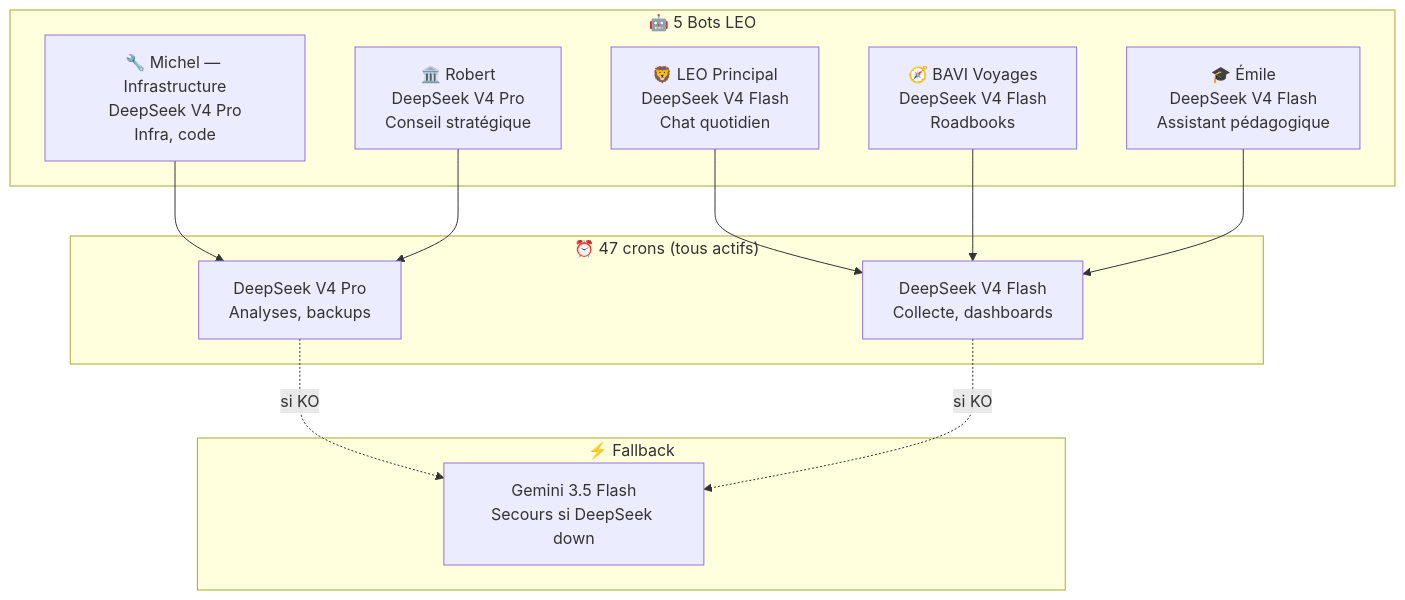
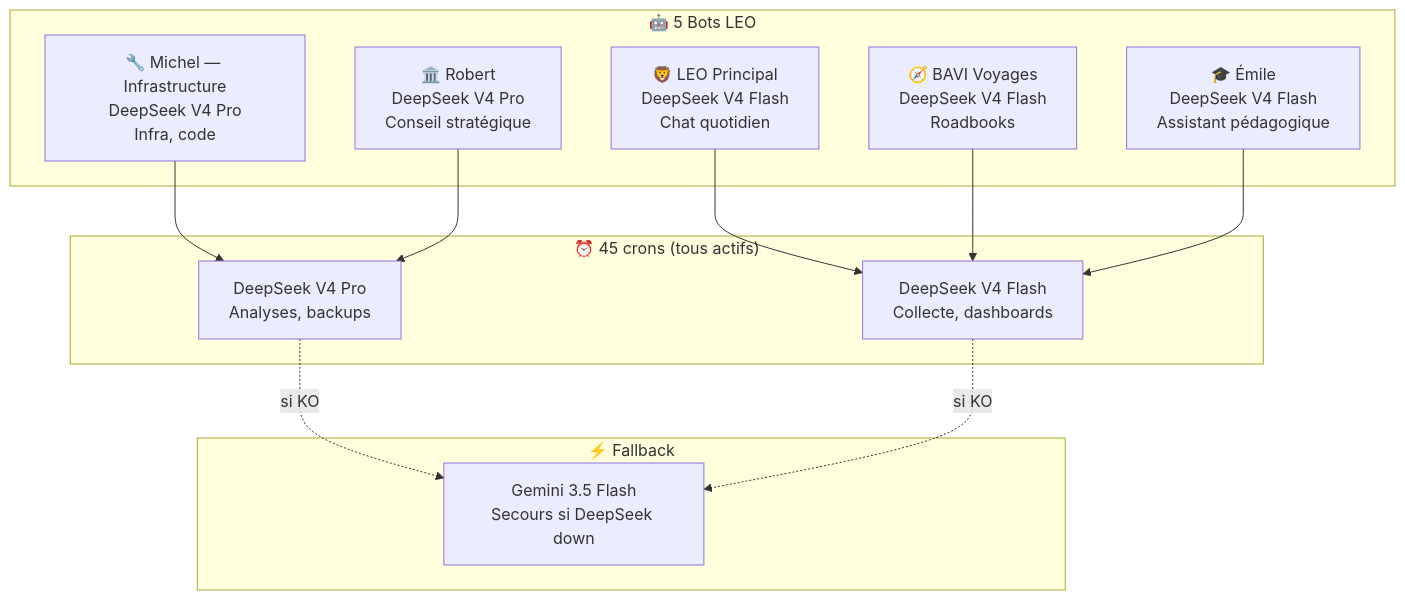
One commit to christophedanhier-hash/hermes-wiki changed the third of 3 diagrams in docs/hermes/decisions/pourquoi-deepseek-pas-gemini.md. Above: the diagram before and after it, drawn with Mermaid. The commit also changed other lines of this file and 13 other files, not shown here.

````diff
--- a/docs/hermes/decisions/pourquoi-deepseek-pas-gemini.md
+++ b/docs/hermes/decisions/pourquoi-deepseek-pas-gemini.md
@@ -130,23 +130,23 @@
 ```mermaid
 flowchart TB
     subgraph BOTS["🤖 5 Bots LEO"]
         MAIN["🦁 LEO Principal\nDeepSeek V4 Flash\nChat quotidien"]
         MICHEL["🔧 Michel — Infrastructure\nDeepSeek V4 Pro\nInfra, code"]
         BAVI["🧭 BAVI Voyages\nDeepSeek V4 Flash\nRoadbooks"]
         EMILE["🎓 Émile\nDeepSeek V4 Flash\nAssistant pédagogique"]
         ROBERT["🏛️ Robert\nDeepSeek V4 Pro\nConseil stratégique"]
     end
 
     subgraph BACKUP["⚡ Fallback"]
         GEMINI["Gemini 3.5 Flash\nSecours si DeepSeek down"]
     end
 
-    subgraph CRONS["⏰ 47 crons (tous actifs)"]
+    subgraph CRONS["⏰ 45 crons (tous actifs)"]
         DS_PRO["DeepSeek V4 Pro\nAnalyses, backups"]
         DS_FLASH["DeepSeek V4 Flash\nCollecte, dashboards"]
     end
 
     MAIN & BAVI & EMILE --> DS_FLASH
     MICHEL & ROBERT --> DS_PRO
     DS_PRO & DS_FLASH -.->|si KO| GEMINI
 ```
````
